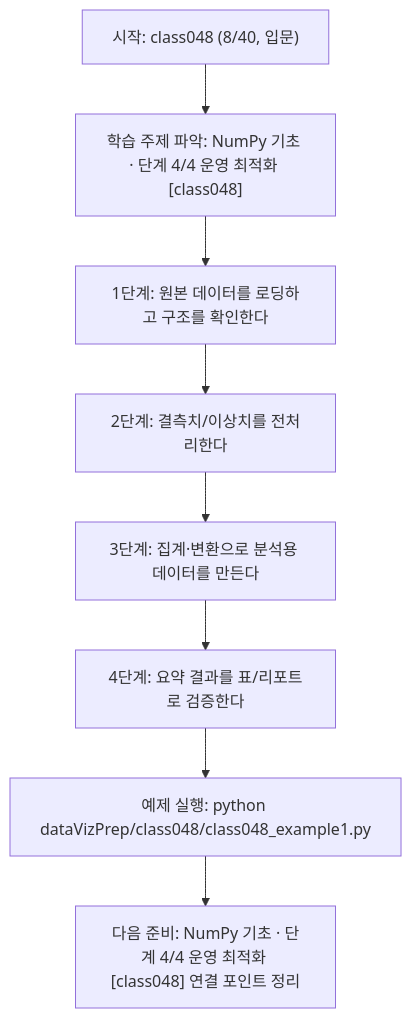
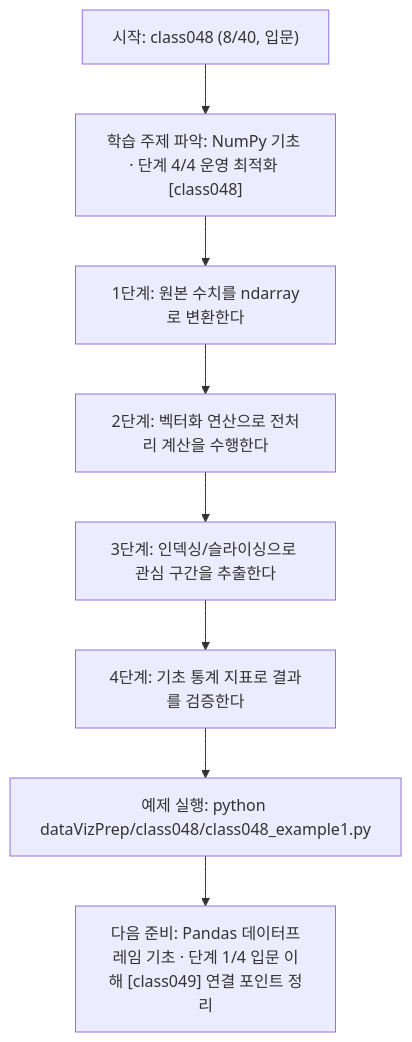
The diagram in dataVizPrep/class048/class048.md (edumgt/Python-AI_Agent-Class), drawn with Mermaid before and after one commit. The commit also changed other lines of this file and 283 other files, not shown here.

````diff
--- a/dataVizPrep/class048/class048.md
+++ b/dataVizPrep/class048/class048.md
@@ -110,18 +92,18 @@
 ```mermaid
 flowchart TD
 N1["시작: class048 (8/40, 입문)"]
 N2["학습 주제 파악: NumPy 기초 · 단계 4/4 운영 최적화 [class048]"]
-N3["1단계: 원본 데이터를 로딩하고 구조를 확인한다"]
-N4["2단계: 결측치/이상치를 전처리한다"]
-N5["3단계: 집계·변환으로 분석용 데이터를 만든다"]
-N6["4단계: 요약 결과를 표/리포트로 검증한다"]
+N3["1단계: 원본 수치를 ndarray로 변환한다"]
+N4["2단계: 벡터화 연산으로 전처리 계산을 수행한다"]
+N5["3단계: 인덱싱/슬라이싱으로 관심 구간을 추출한다"]
+N6["4단계: 기초 통계 지표로 결과를 검증한다"]
 N7["예제 실행: python dataVizPrep/class048/class048_example1.py"]
-N8["다음 준비: NumPy 기초 · 단계 4/4 운영 최적화 [class048] 연결 포인트 정리"]
+N8["다음 준비: Pandas 데이터프레임 기초 · 단계 1/4 입문 이해 [class049] 연결 포인트 정리"]
 N1 --> N2
 N2 --> N3
 N3 --> N4
 N4 --> N5
 N5 --> N6
 N6 --> N7
 N7 --> N8
 ```
````
